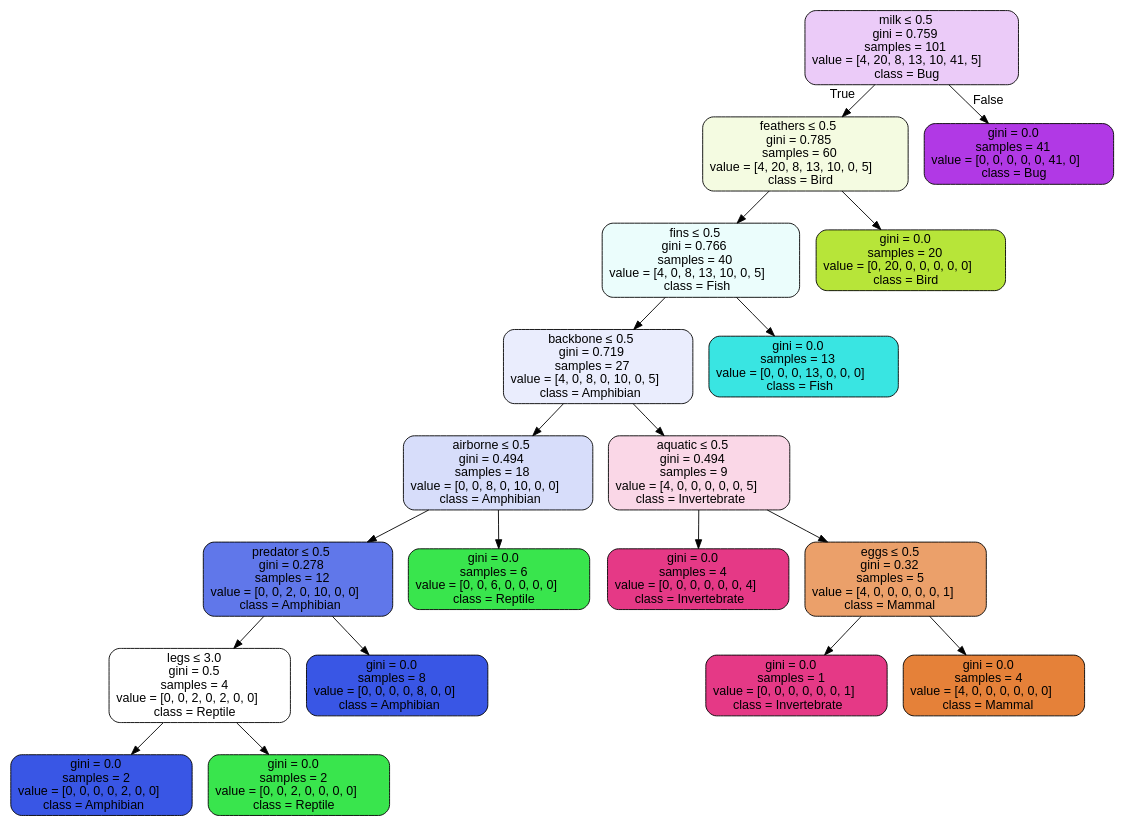
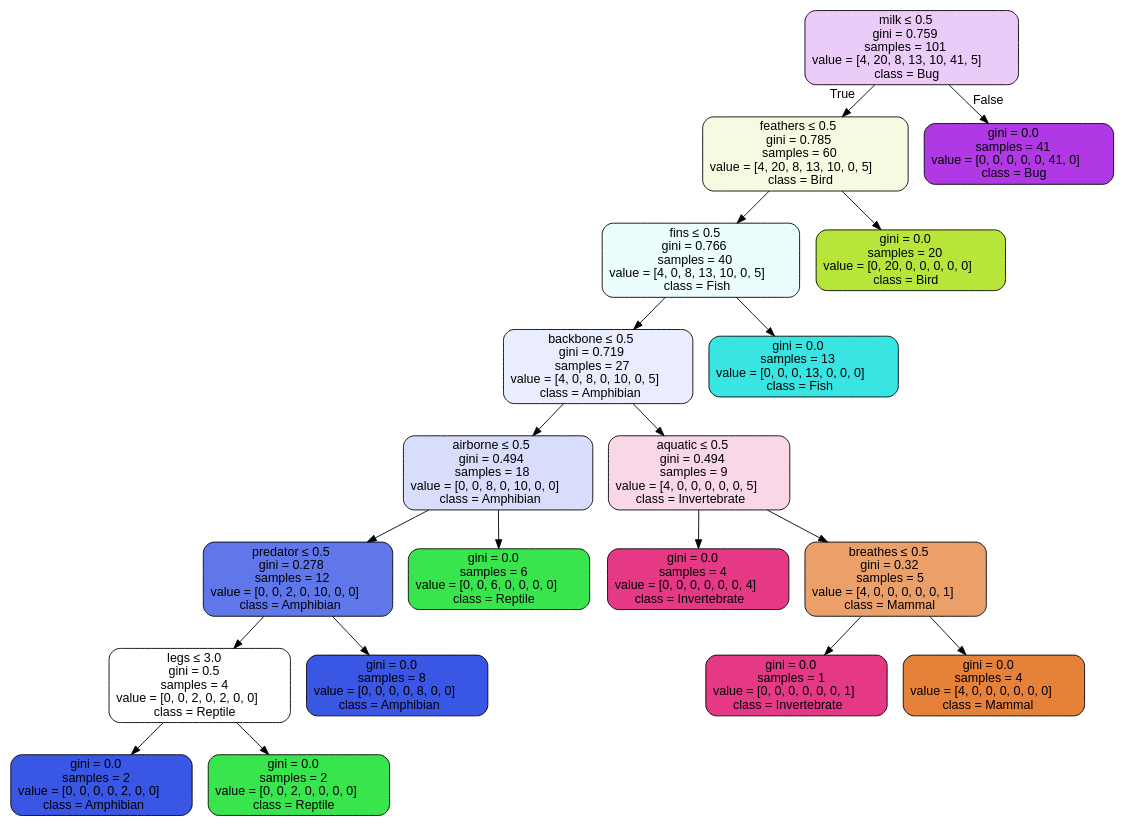
Before and after one commit to chiu/decision-tree-visualizer: the diagram in zoo.dot, drawn with Graphviz. The commit also changed 22 other files, not shown here.

```diff
--- a/zoo.dot
+++ b/zoo.dot
@@ -1,41 +1,41 @@
 digraph Tree {
 node [shape=box, style="filled, rounded", color="black", fontname=helvetica] ;
 edge [fontname=helvetica] ;
 0 [label=<milk &le; 0.5<br/>gini = 0.759<br/>samples = 101<br/>value = [4, 20, 8, 13, 10, 41, 5]<br/>class = Bug>, fillcolor="#b139e542"] ;
 1 [label=<feathers &le; 0.5<br/>gini = 0.785<br/>samples = 60<br/>value = [4, 20, 8, 13, 10, 0, 5]<br/>class = Bird>, fillcolor="#b7e53926"] ;
 0 -> 1 [labeldistance=2.5, labelangle=45, headlabel="True"] ;
 2 [label=<fins &le; 0.5<br/>gini = 0.766<br/>samples = 40<br/>value = [4, 0, 8, 13, 10, 0, 5]<br/>class = Fish>, fillcolor="#39e5e21a"] ;
 1 -> 2 ;
 3 [label=<backbone &le; 0.5<br/>gini = 0.719<br/>samples = 27<br/>value = [4, 0, 8, 0, 10, 0, 5]<br/>class = Amphibian>, fillcolor="#3956e51b"] ;
 2 -> 3 ;
 4 [label=<airborne &le; 0.5<br/>gini = 0.494<br/>samples = 18<br/>value = [0, 0, 8, 0, 10, 0, 0]<br/>class = Amphibian>, fillcolor="#3956e533"] ;
 3 -> 4 ;
 5 [label=<predator &le; 0.5<br/>gini = 0.278<br/>samples = 12<br/>value = [0, 0, 2, 0, 10, 0, 0]<br/>class = Amphibian>, fillcolor="#3956e5cc"] ;
 4 -> 5 ;
 6 [label=<legs &le; 3.0<br/>gini = 0.5<br/>samples = 4<br/>value = [0, 0, 2, 0, 2, 0, 0]<br/>class = Reptile>, fillcolor="#39e54d00"] ;
 5 -> 6 ;
 7 [label=<gini = 0.0<br/>samples = 2<br/>value = [0, 0, 0, 0, 2, 0, 0]<br/>class = Amphibian>, fillcolor="#3956e5ff"] ;
 6 -> 7 ;
 8 [label=<gini = 0.0<br/>samples = 2<br/>value = [0, 0, 2, 0, 0, 0, 0]<br/>class = Reptile>, fillcolor="#39e54dff"] ;
 6 -> 8 ;
 9 [label=<gini = 0.0<br/>samples = 8<br/>value = [0, 0, 0, 0, 8, 0, 0]<br/>class = Amphibian>, fillcolor="#3956e5ff"] ;
 5 -> 9 ;
 10 [label=<gini = 0.0<br/>samples = 6<br/>value = [0, 0, 6, 0, 0, 0, 0]<br/>class = Reptile>, fillcolor="#39e54dff"] ;
 4 -> 10 ;
 11 [label=<aquatic &le; 0.5<br/>gini = 0.494<br/>samples = 9<br/>value = [4, 0, 0, 0, 0, 0, 5]<br/>class = Invertebrate>, fillcolor="#e5398633"] ;
 3 -> 11 ;
 12 [label=<gini = 0.0<br/>samples = 4<br/>value = [0, 0, 0, 0, 0, 0, 4]<br/>class = Invertebrate>, fillcolor="#e53986ff"] ;
 11 -> 12 ;
-13 [label=<eggs &le; 0.5<br/>gini = 0.32<br/>samples = 5<br/>value = [4, 0, 0, 0, 0, 0, 1]<br/>class = Mammal>, fillcolor="#e58139bf"] ;
+13 [label=<breathes &le; 0.5<br/>gini = 0.32<br/>samples = 5<br/>value = [4, 0, 0, 0, 0, 0, 1]<br/>class = Mammal>, fillcolor="#e58139bf"] ;
 11 -> 13 ;
 14 [label=<gini = 0.0<br/>samples = 1<br/>value = [0, 0, 0, 0, 0, 0, 1]<br/>class = Invertebrate>, fillcolor="#e53986ff"] ;
 13 -> 14 ;
 15 [label=<gini = 0.0<br/>samples = 4<br/>value = [4, 0, 0, 0, 0, 0, 0]<br/>class = Mammal>, fillcolor="#e58139ff"] ;
 13 -> 15 ;
 16 [label=<gini = 0.0<br/>samples = 13<br/>value = [0, 0, 0, 13, 0, 0, 0]<br/>class = Fish>, fillcolor="#39e5e2ff"] ;
 2 -> 16 ;
 17 [label=<gini = 0.0<br/>samples = 20<br/>value = [0, 20, 0, 0, 0, 0, 0]<br/>class = Bird>, fillcolor="#b7e539ff"] ;
 1 -> 17 ;
 18 [label=<gini = 0.0<br/>samples = 41<br/>value = [0, 0, 0, 0, 0, 41, 0]<br/>class = Bug>, fillcolor="#b139e5ff"] ;
 0 -> 18 [labeldistance=2.5, labelangle=-45, headlabel="False"] ;
 }
```
